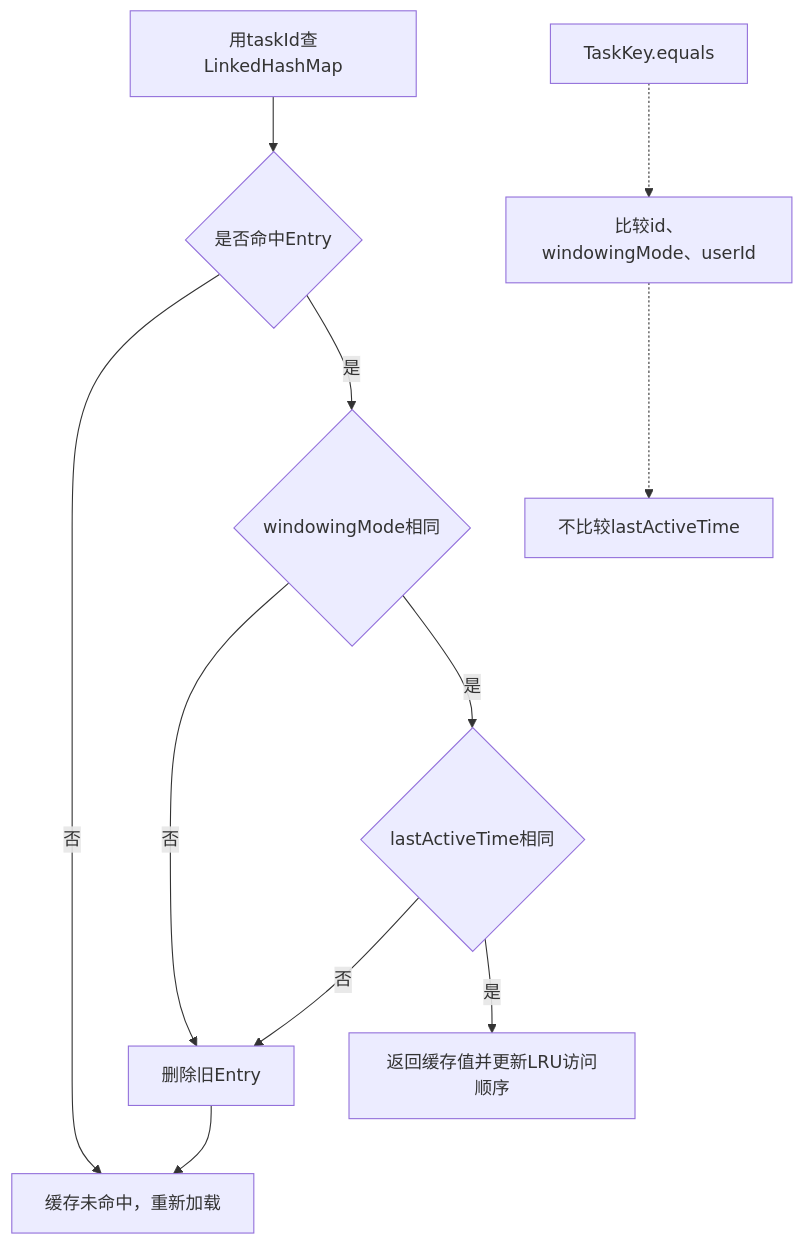
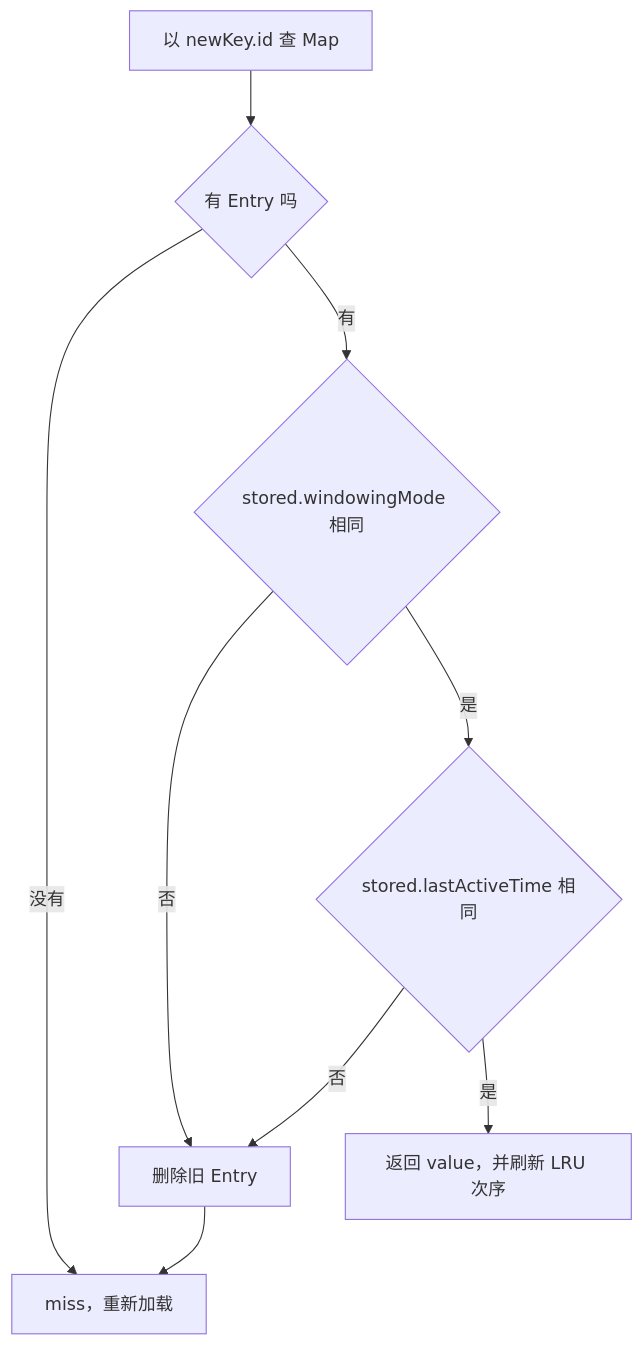
The third of 4 diagrams in Android源码学习/227-AndroidRecentTasksTaskKeyThumbnailData与Overview任务数据加载.md (junyingzhao001/StudyNotes), drawn with Mermaid before and after one commit. The commit also changed other lines of this file and 116 other files, not shown here.

````diff
--- a/Android源码学习/227-AndroidRecentTasksTaskKeyThumbnailData与Overview任务数据加载.md
+++ b/Android源码学习/227-AndroidRecentTasksTaskKeyThumbnailData与Overview任务数据加载.md
@@ -315,13 +269,11 @@
 ```mermaid
 flowchart TD
-    A["用taskId查LinkedHashMap"] --> B{"是否命中Entry"}
-    B -->|"否"| M["缓存未命中，重新加载"]
-    B -->|"是"| C{"windowingMode相同"}
-    C -->|"否"| X["删除旧Entry"]
-    C -->|"是"| D{"lastActiveTime相同"}
+    A["以 newKey.id 查 Map"] --> B{"有 Entry 吗"}
+    B -->|"没有"| M["miss，重新加载"]
+    B -->|"有"| C{"stored.windowingMode 相同"}
+    C -->|"否"| X["删除旧 Entry"]
+    C -->|"是"| D{"stored.lastActiveTime 相同"}
     D -->|"否"| X
-    D -->|"是"| H["返回缓存值并更新LRU访问顺序"]
+    D -->|"是"| H["返回 value，并刷新 LRU 次序"]
     X --> M
-    E["TaskKey.equals"] -.-> F["比较id、windowingMode、userId"]
-    F -.-> G["不比较lastActiveTime"]
 ```
````
